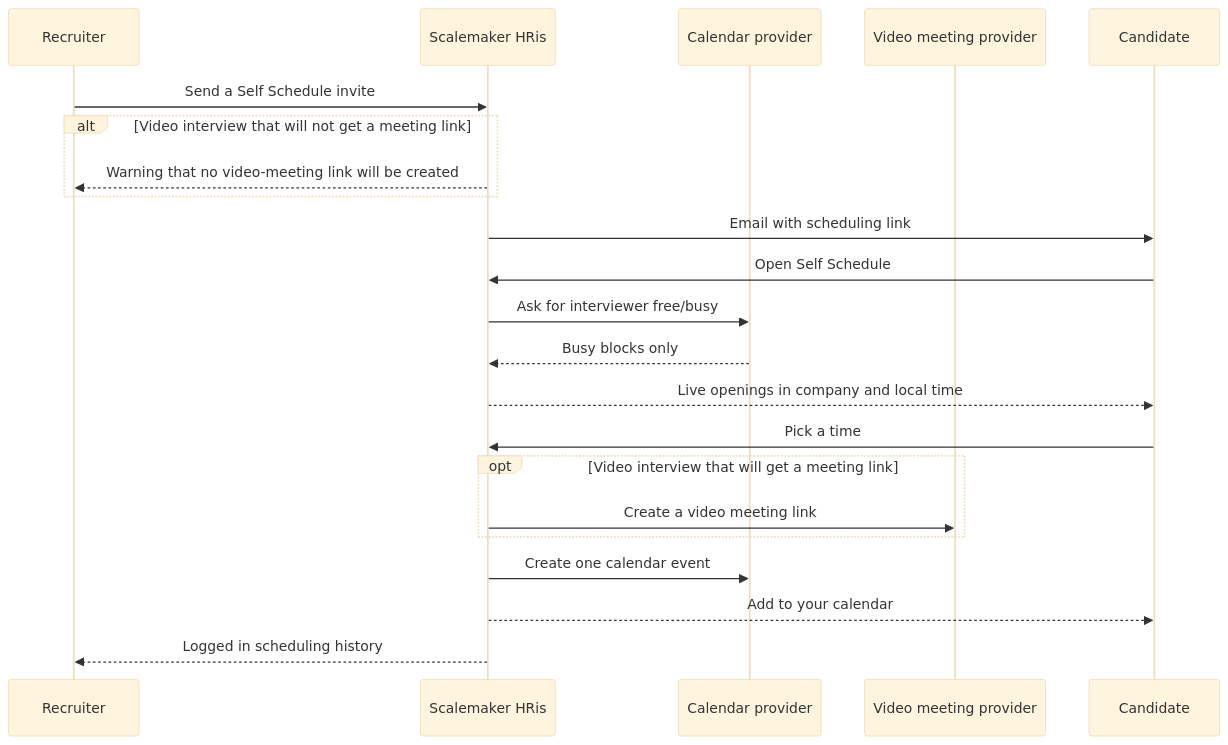
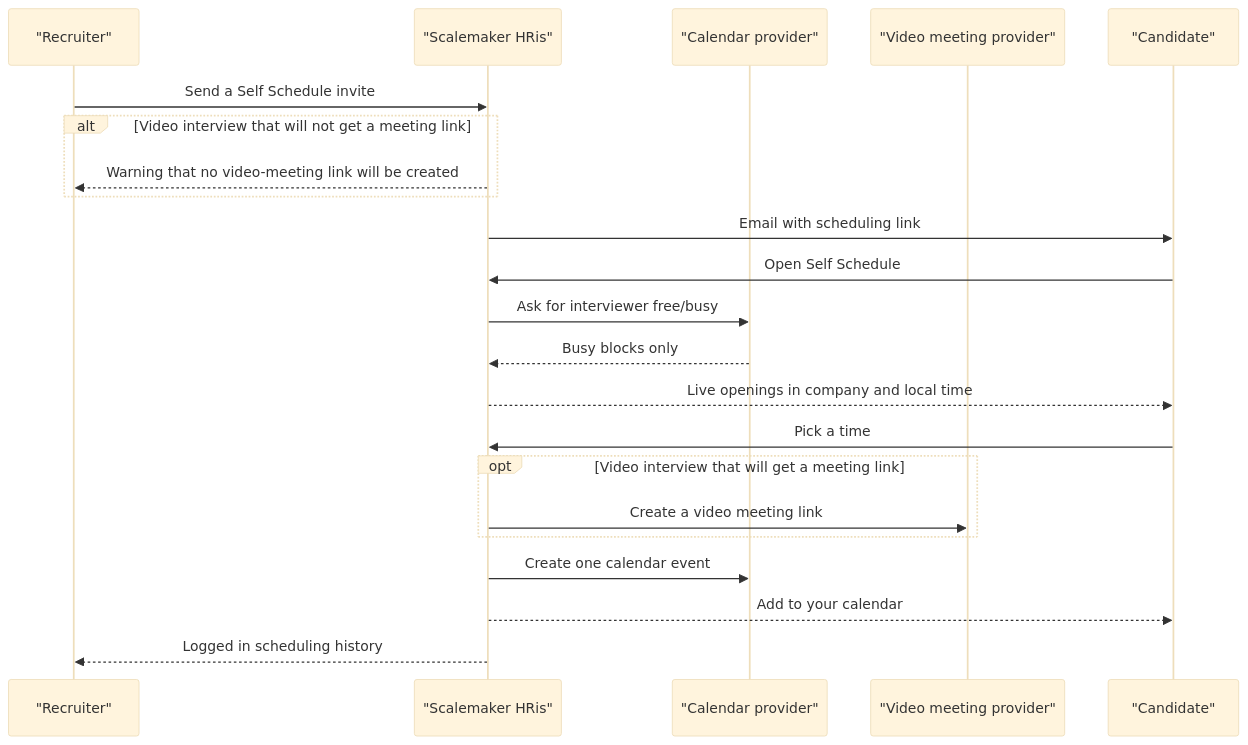
Diagram 13 of 18 in README.md (staceykay67/scalemaker-hris-showcase), drawn with Mermaid (base theme) before and after one commit. The commit also changed other lines of this file, not shown here.

````diff
--- a/README.md
+++ b/README.md
@@ -422,24 +473,24 @@
 ```mermaid
 sequenceDiagram
-    participant R as Recruiter
-    participant S as Scalemaker HRis
-    participant C as Calendar provider
-    participant V as Video meeting provider
-    participant K as Candidate
+    participant R as "Recruiter"
+    participant S as "Scalemaker HRis"
+    participant C as "Calendar provider"
+    participant V as "Video meeting provider"
+    participant K as "Candidate"
     R->>S: Send a Self Schedule invite
     alt Video interview that will not get a meeting link
         S-->>R: Warning that no video-meeting link will be created
     end
     S->>K: Email with scheduling link
     K->>S: Open Self Schedule
     S->>C: Ask for interviewer free/busy
     C-->>S: Busy blocks only
     S-->>K: Live openings in company and local time
     K->>S: Pick a time
     opt Video interview that will get a meeting link
         S->>V: Create a video meeting link
     end
     S->>C: Create one calendar event
     S-->>K: Add to your calendar
     S-->>R: Logged in scheduling history
 ```
````
